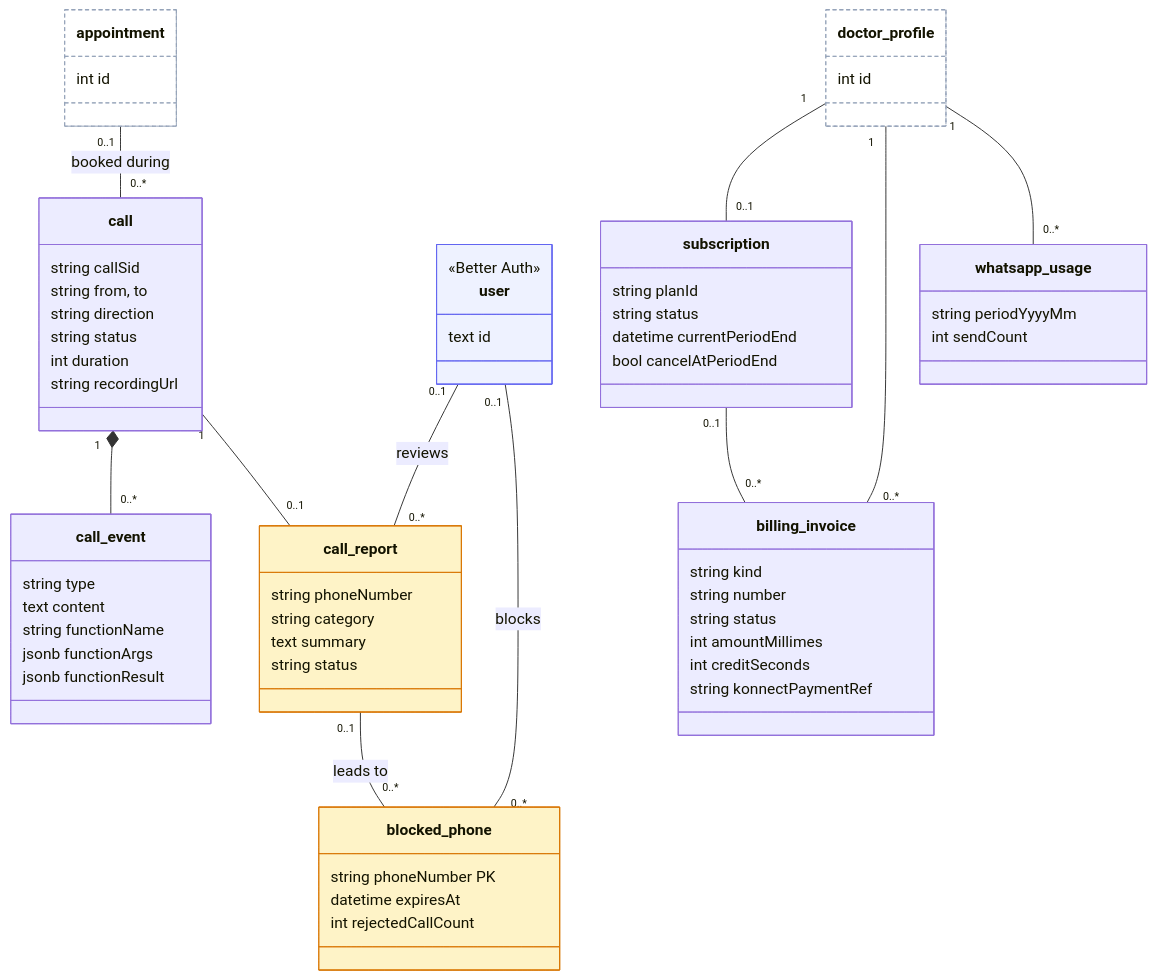
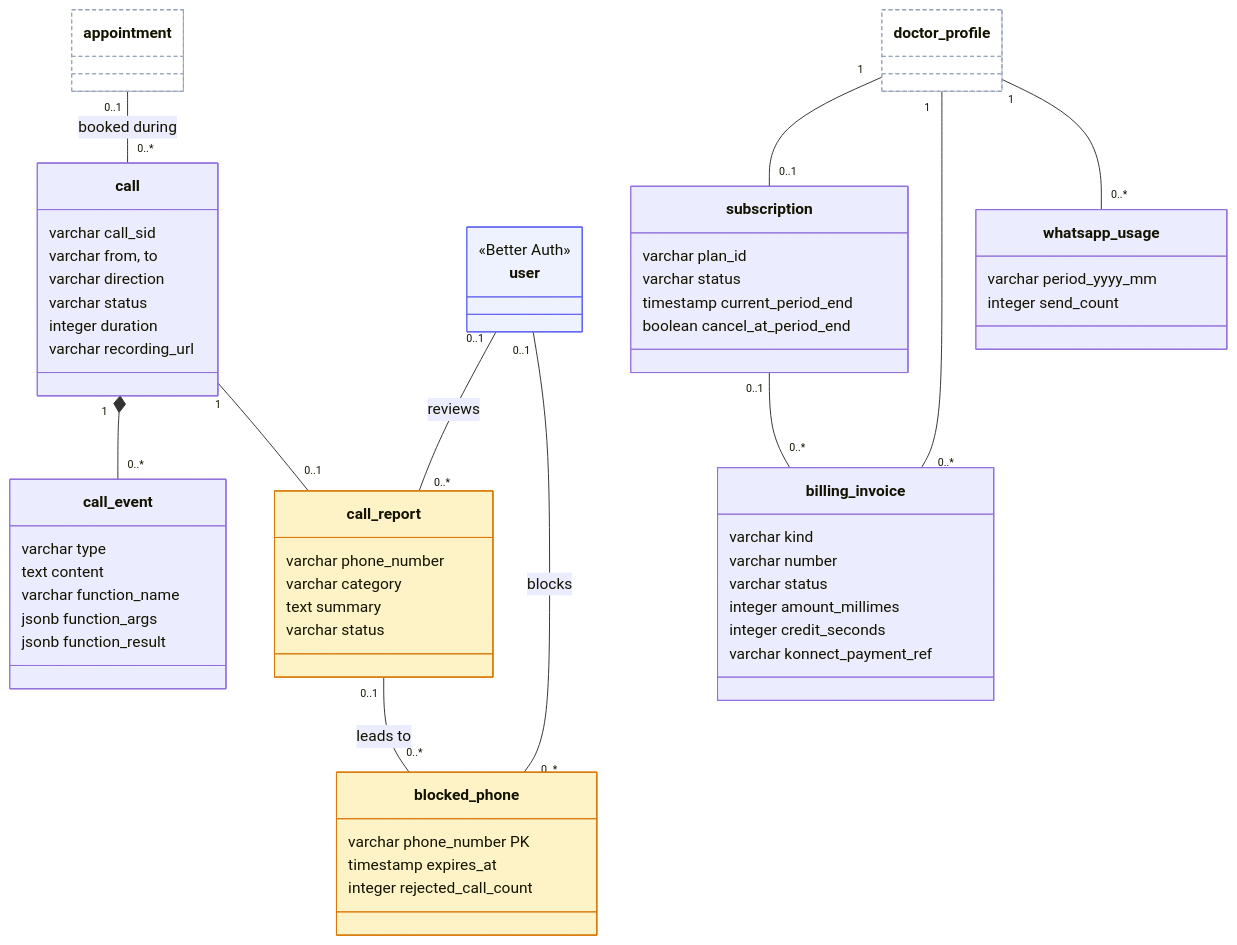
One commit to AtriOmar/riaya-report changed the diagram in images/diagrams/src/class_diagram_calls_billing.mmd. Above: the diagram before and after it, drawn with Mermaid. The commit also changed 50 other files, not shown here.

First line of the commit message:
Restyle the diagrams and simplify the use cases

```diff
--- a/images/diagrams/src/class_diagram_calls_billing.mmd
+++ b/images/diagrams/src/class_diagram_calls_billing.mmd
@@ -1,74 +1,68 @@
 classDiagram
 direction TB
 
-class appointment {
-  int id
-}
+class appointment
 class callrow["call"] {
-  string callSid
-  string from, to
-  string direction
-  string status
-  int duration
-  string recordingUrl
+  varchar call_sid
+  varchar from, to
+  varchar direction
+  varchar status
+  integer duration
+  varchar recording_url
 }
 class call_event {
-  string type
+  varchar type
   text content
-  string functionName
-  jsonb functionArgs
-  jsonb functionResult
+  varchar function_name
+  jsonb function_args
+  jsonb function_result
 }
 class call_report {
-  string phoneNumber
-  string category
+  varchar phone_number
+  varchar category
   text summary
-  string status
+  varchar status
 }
 class blocked_phone {
-  string phoneNumber PK
-  datetime expiresAt
-  int rejectedCallCount
+  varchar phone_number PK
+  timestamp expires_at
+  integer rejected_call_count
 }
 class user {
   <<Better Auth>>
-  text id
 }
-class doctor_profile {
-  int id
-}
+class doctor_profile
 class subscription {
-  string planId
-  string status
-  datetime currentPeriodEnd
-  bool cancelAtPeriodEnd
+  varchar plan_id
+  varchar status
+  timestamp current_period_end
+  boolean cancel_at_period_end
 }
 class billing_invoice {
-  string kind
-  string number
-  string status
-  int amountMillimes
-  int creditSeconds
-  string konnectPaymentRef
+  varchar kind
+  varchar number
+  varchar status
+  integer amount_millimes
+  integer credit_seconds
+  varchar konnect_payment_ref
 }
 class whatsapp_usage {
-  string periodYyyyMm
-  int sendCount
+  varchar period_yyyy_mm
+  integer send_count
 }
 
 appointment "0..1" -- "0..*" callrow : booked during
 callrow "1" *-- "0..*" call_event
 callrow "1" -- "0..1" call_report
 call_report "0..1" -- "0..*" blocked_phone : leads to
 user "0..1" -- "0..*" call_report : reviews
 user "0..1" -- "0..*" blocked_phone : blocks
 doctor_profile "1" -- "0..1" subscription
 doctor_profile "1" -- "0..*" billing_invoice
 subscription "0..1" -- "0..*" billing_invoice
 doctor_profile "1" -- "0..*" whatsapp_usage
-
 style appointment fill:#FFFFFF,stroke:#94A3B8,stroke-dasharray:4 3
 style doctor_profile fill:#FFFFFF,stroke:#94A3B8,stroke-dasharray:4 3
 style user fill:#EEF2FF,stroke:#6366F1
 style call_report fill:#FEF3C7,stroke:#D97706
 style blocked_phone fill:#FEF3C7,stroke:#D97706
```
